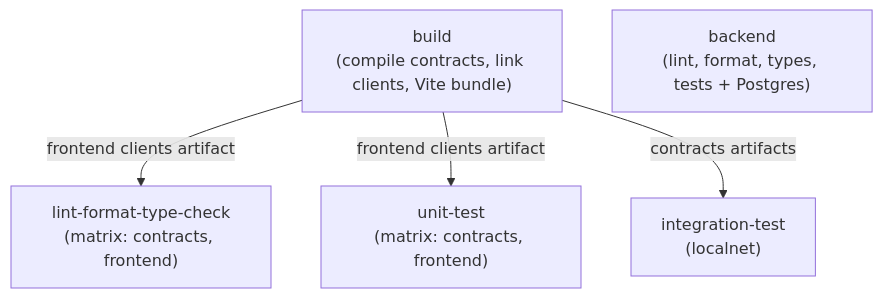
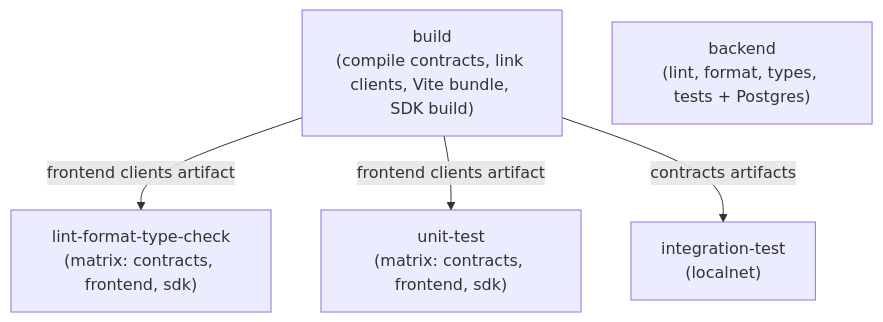
Before and after one commit to adidomenico/AlgorArt: the diagram in docs/ci.md, drawn with Mermaid. The commit also changed other lines of this file and 3 other files, not shown here.

Commit message:
ci(repo): add the SDK to the CI matrices and build job

````diff
--- a/docs/ci.md
+++ b/docs/ci.md
@@ -32,12 +32,12 @@
 ```mermaid
 flowchart TD
-    build["build<br/>(compile contracts, link clients, Vite bundle)"]
-    lint["lint-format-type-check<br/>(matrix: contracts, frontend)"]
-    unit["unit-test<br/>(matrix: contracts, frontend)"]
+    build["build<br/>(compile contracts, link clients, Vite bundle, SDK build)"]
+    lint["lint-format-type-check<br/>(matrix: contracts, frontend, sdk)"]
+    unit["unit-test<br/>(matrix: contracts, frontend, sdk)"]
     backend["backend<br/>(lint, format, types, tests + Postgres)"]
     integration["integration-test<br/>(localnet)"]
 
     build -->|"frontend clients artifact"| lint
     build -->|"frontend clients artifact"| unit
     build -->|"contracts artifacts"| integration
 ```
````
